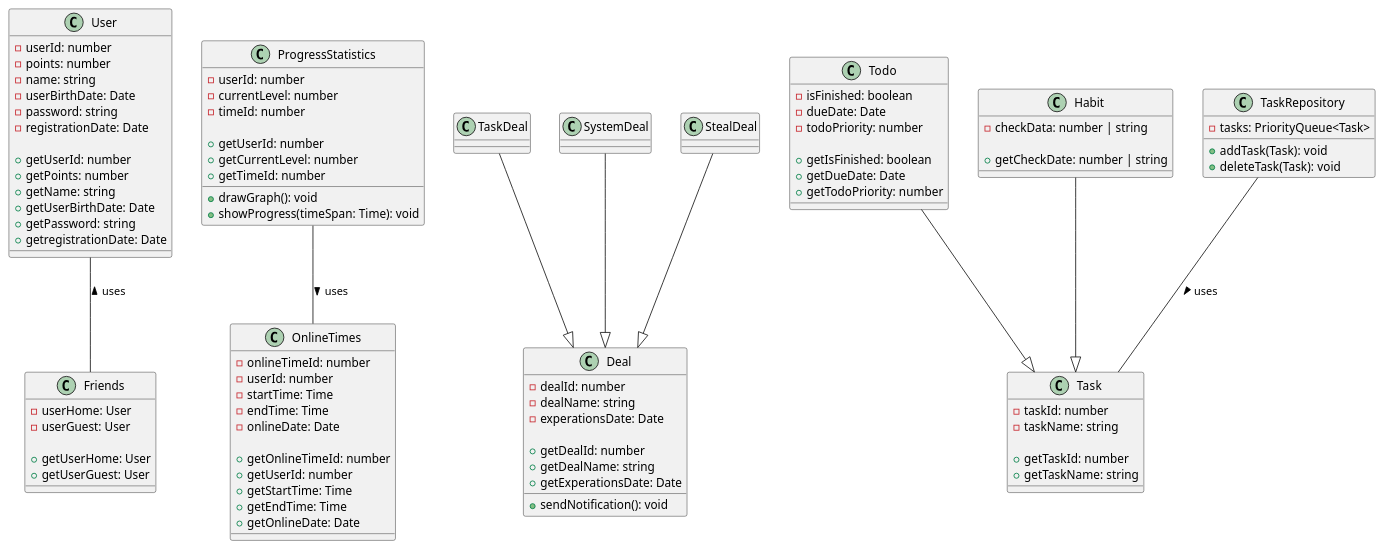
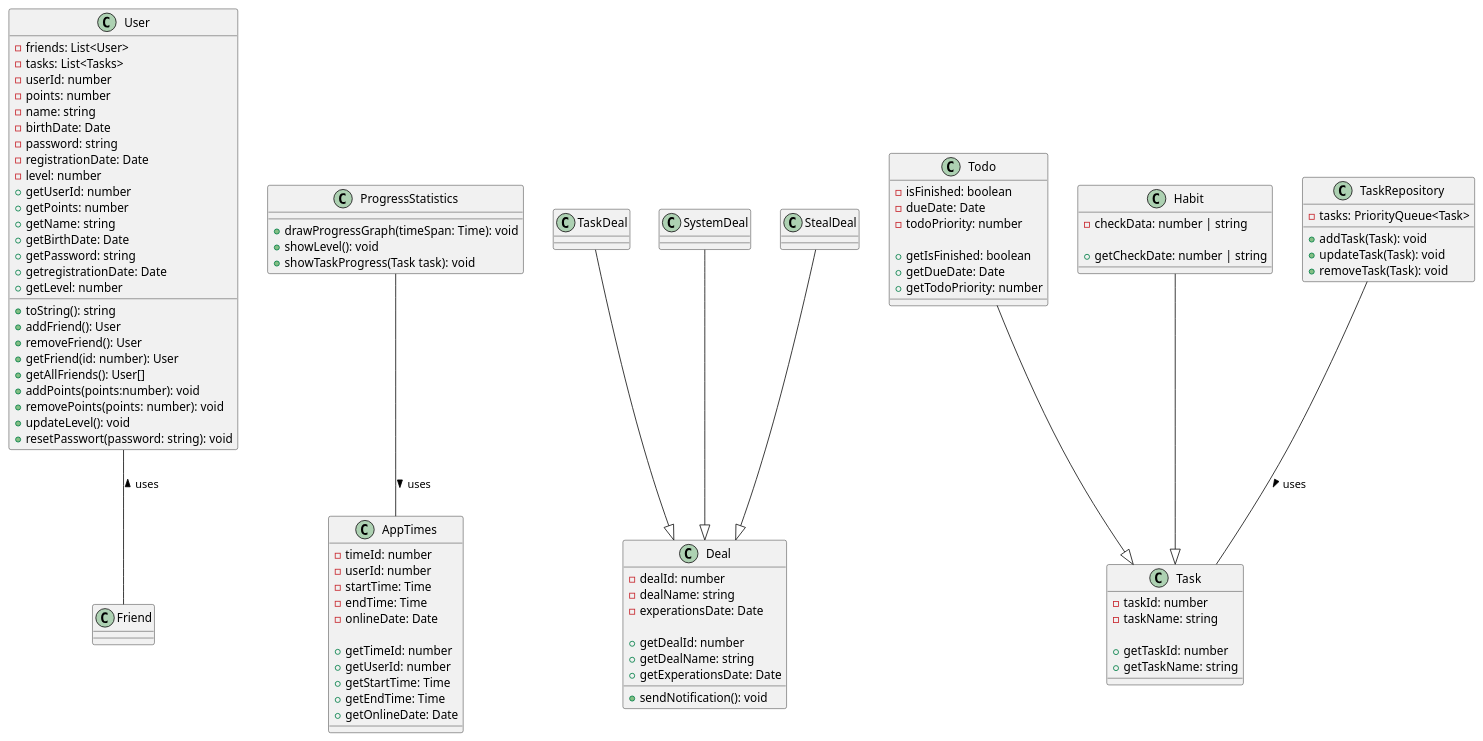
Before and after one commit to WMC-AHIF-2022/DealMonkey: the diagram in pics/DealMonkey-ClassDiagram/class-diagram_DealMonkey.puml, drawn with PlantUML. The commit also changed 1 other file, not shown here.

Commit message:
changed diagram

```diff
--- a/pics/DealMonkey-ClassDiagram/class-diagram_DealMonkey.puml
+++ b/pics/DealMonkey-ClassDiagram/class-diagram_DealMonkey.puml
@@ -1,118 +1,117 @@
 @startuml class-diagram_DealMonkey
 
 class User {
+    - friends: List<User>
+    - tasks: List<Tasks>
     - userId: number
     - points: number
     - name: string
-    - userBirthDate: Date
+    - birthDate: Date
     - password: string
     - registrationDate: Date
-
+    - level: number
     + getUserId: number
     + getPoints: number
     + getName: string
-    + getUserBirthDate: Date
+    + getBirthDate: Date
     + getPassword: string
     + getregistrationDate: Date
+    + getLevel: number
+
+    + toString(): string
+    + addFriend(): User
+    + removeFriend(): User
+    + getFriend(id: number): User
+    + getAllFriends(): User[]
+    + addPoints(points:number): void
+    + removePoints(points: number): void
+    + updateLevel(): void
+    + resetPasswort(password: string): void
 }
 
-class Friends {
-    - userHome: User
-    - userGuest: User
-
-    + getUserHome: User
-    + getUserGuest: User
-}
-
-class OnlineTimes {
-    - onlineTimeId: number
+class AppTimes {
+    - timeId: number
     - userId: number
     - startTime: Time
     - endTime: Time
     - onlineDate: Date
 
-    + getOnlineTimeId: number
+    + getTimeId: number
     + getUserId: number
     + getStartTime: Time
     + getEndTime: Time
     + getOnlineDate: Date
 }
 
 class ProgressStatistics {
-    - userId: number
-    - currentLevel: number
-    - timeId: number
-
-    + getUserId: number
-    + getCurrentLevel: number
-    + getTimeId: number
-
-    + drawGraph(): void
-    + showProgress(timeSpan: Time): void
+    + drawProgressGraph(timeSpan: Time): void
+    + showLevel(): void
+    + showTaskProgress(Task task): void
 }
 
 class Deal {
     - dealId: number
     - dealName: string
     - experationsDate: Date
 
     + getDealId: number
     + getDealName: string
     + getExperationsDate: Date
 
     + sendNotification(): void
 }
 
 class TaskDeal {
 
 }
 
 class SystemDeal {
     
 }
 
 class StealDeal {
 
 }
 
 class Todo {
     - isFinished: boolean
     - dueDate: Date
     - todoPriority: number
 
     + getIsFinished: boolean
     + getDueDate: Date
     + getTodoPriority: number
 }
 
 class Habit {
     - checkData: number | string
 
     + getCheckDate: number | string
 }
 
 class Task {
     - taskId: number
     - taskName: string
 
     + getTaskId: number
     + getTaskName: string
 }
 
 class TaskRepository {
     - tasks: PriorityQueue<Task>
 
     + addTask(Task): void
-    + deleteTask(Task): void
+    + updateTask(Task): void
+    + removeTask(Task): void
 }
 
 Habit --^ Task
 Todo --^ Task
 TaskDeal --^ Deal
 SystemDeal --^ Deal
 StealDeal --^ Deal
 TaskRepository -- Task : uses >
-User -- Friends : uses <
-ProgressStatistics -- OnlineTimes : uses >
+User -- Friend : uses <
+ProgressStatistics -- AppTimes : uses >
 
 @enduml
```
